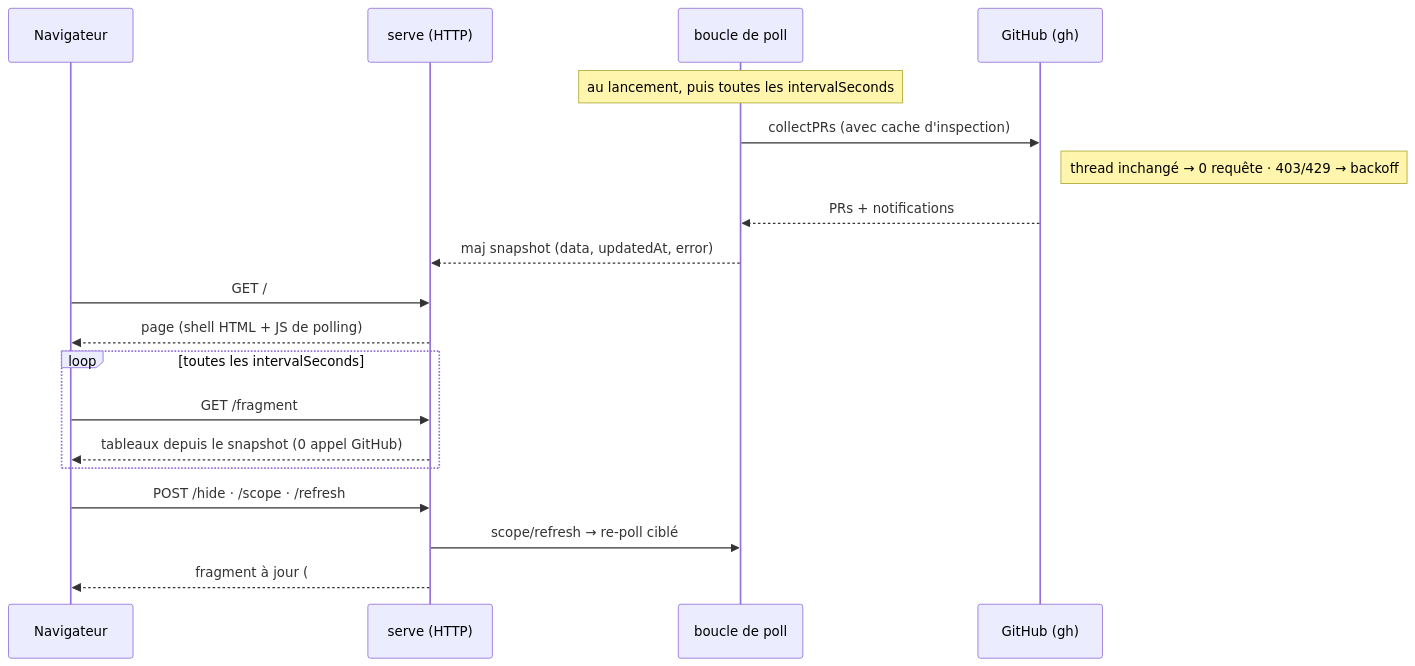
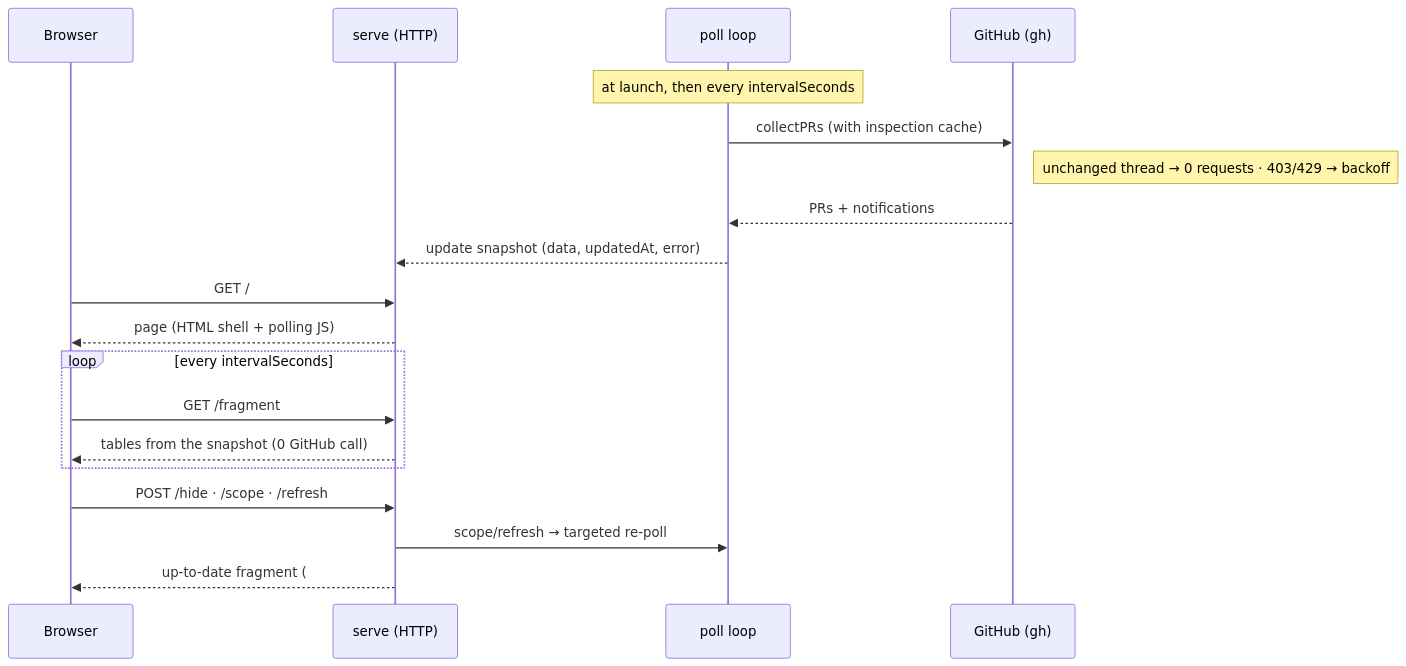
The second of 2 diagrams in docs/ARCHITECTURE.md (nikophil/gh-notif), drawn with Mermaid before and after one commit. The commit also changed other lines of this file and 34 other files, not shown here.

````diff
--- a/docs/ARCHITECTURE.md
+++ b/docs/ARCHITECTURE.md
@@ -185,24 +187,24 @@
 ```mermaid
 sequenceDiagram
-  participant B as Navigateur
+  participant B as Browser
   participant S as serve (HTTP)
-  participant L as boucle de poll
+  participant L as poll loop
   participant G as GitHub (gh)
 
-  Note over L: au lancement, puis toutes les intervalSeconds
-  L->>G: collectPRs (avec cache d'inspection)
-  Note right of G: thread inchangé → 0 requête · 403/429 → backoff
+  Note over L: at launch, then every intervalSeconds
+  L->>G: collectPRs (with inspection cache)
+  Note right of G: unchanged thread → 0 requests · 403/429 → backoff
   G-->>L: PRs + notifications
-  L-->>S: maj snapshot (data, updatedAt, error)
+  L-->>S: update snapshot (data, updatedAt, error)
 
   B->>S: GET /
-  S-->>B: page (shell HTML + JS de polling)
-  loop toutes les intervalSeconds
+  S-->>B: page (HTML shell + polling JS)
+  loop every intervalSeconds
     B->>S: GET /fragment
-    S-->>B: tableaux depuis le snapshot (0 appel GitHub)
+    S-->>B: tables from the snapshot (0 GitHub call)
   end
 
   B->>S: POST /hide · /scope · /refresh
-  S->>L: scope/refresh → re-poll ciblé
-  S-->>B: fragment à jour (#content remplacé)
+  S->>L: scope/refresh → targeted re-poll
+  S-->>B: up-to-date fragment (#content replaced)
 ```
````
